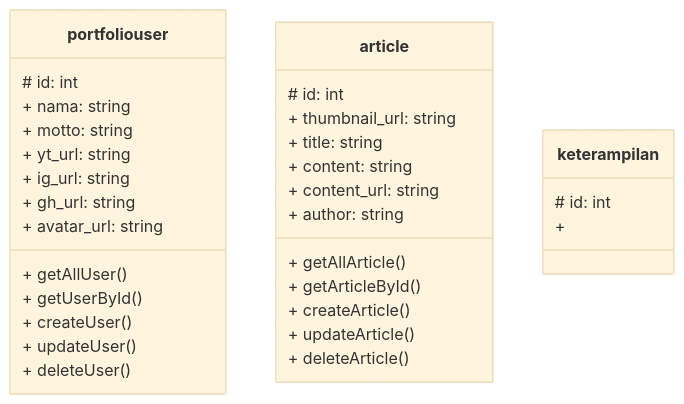
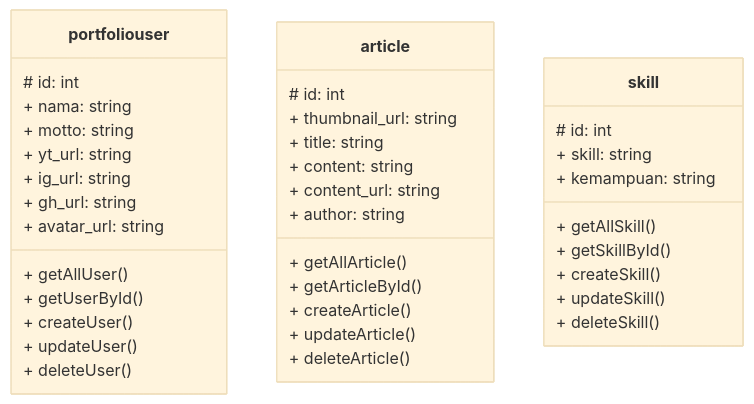
Before and after one commit to Tariiss/tekweb2022: the diagram in API_POINT.md, drawn with Mermaid (base theme). The commit also changed other lines of this file, not shown here.

````diff
--- a/API_POINT.md
+++ b/API_POINT.md
@@ -223,34 +311,40 @@
 ```mermaid
 classDiagram
     class portfoliouser{
         # id: int
         + nama: string
         + motto: string
         + yt_url: string
         + ig_url: string
         + gh_url: string
         + avatar_url: string
         + getAllUser()
         + getUserById()
         + createUser()
         + updateUser()
         + deleteUser()
     }
     class article{
         # id: int
         + thumbnail_url: string
         + title: string
         + content: string
         + content_url: string
         + author: string
         + getAllArticle()
         + getArticleById()
         + createArticle()
         + updateArticle()
         + deleteArticle()
     }
-    class keterampilan{
+    class skill{
         # id: int
-        + 
+        + skill: string
+        + kemampuan: string
+        + getAllSkill()
+        + getSkillById()
+        + createSkill()
+        + updateSkill()
+        + deleteSkill()
     }
 ```
````
